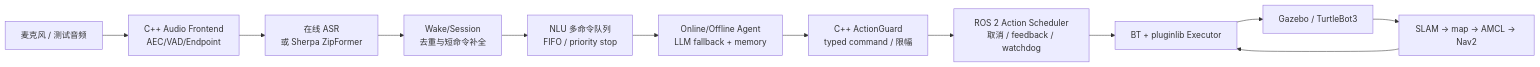
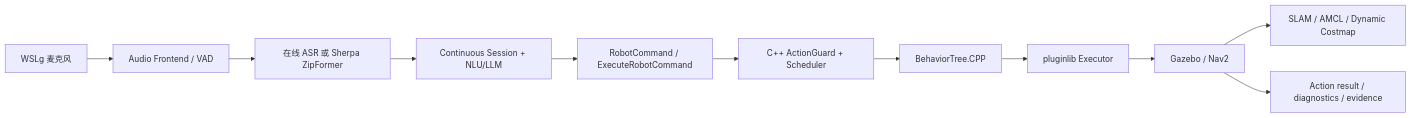
The diagram in README.md (Edddddddddy/embodied_agent_ws), drawn with Mermaid before and after one commit. The commit also changed other lines of this file and 2 other files, not shown here.

````diff
--- a/README.md
+++ b/README.md
@@ -38,14 +24,13 @@
 ```mermaid
 flowchart LR
-  Mic["麦克风 / 测试音频"] --> Frontend["C++ Audio Frontend\nAEC/VAD/Endpoint"]
-  Frontend --> ASR["在线 ASR\n或 Sherpa ZipFormer"]
-  ASR --> Session["Wake/Session\n去重与短命令补全"]
-  Session --> Queue["NLU 多命令队列\nFIFO / priority stop"]
-  Queue --> Agent["Online/Offline Agent\nLLM fallback + memory"]
-  Agent --> Guard["C++ ActionGuard\ntyped command / 限幅"]
-  Guard --> Scheduler["ROS 2 Action Scheduler\n取消 / feedback / watchdog"]
-  Scheduler --> Executor["BT + pluginlib Executor"]
-  Executor --> Gazebo["Gazebo / TurtleBot3"]
-  Gazebo --> SLAM["SLAM → map → AMCL → Nav2"]
-  SLAM --> Executor
+    MIC["WSLg 麦克风"] --> FE["Audio Frontend / VAD"]
+    FE --> ASR["在线 ASR 或 Sherpa ZipFormer"]
+    ASR --> AGENT["Continuous Session + NLU/LLM"]
+    AGENT --> ACTION["RobotCommand / ExecuteRobotCommand"]
+    ACTION --> GUARD["C++ ActionGuard + Scheduler"]
+    GUARD --> BT["BehaviorTree.CPP"]
+    BT --> EXEC["pluginlib Executor"]
+    EXEC --> NAV2["Gazebo / Nav2"]
+    NAV2 --> SLAM["SLAM / AMCL / Dynamic Costmap"]
+    NAV2 --> RESULT["Action result / diagnostics / evidence"]
 ```
````
